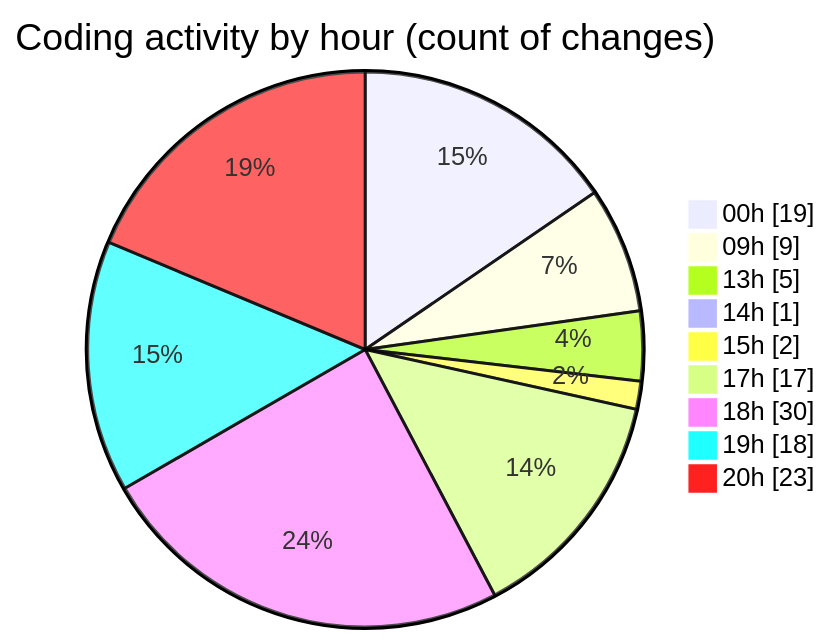
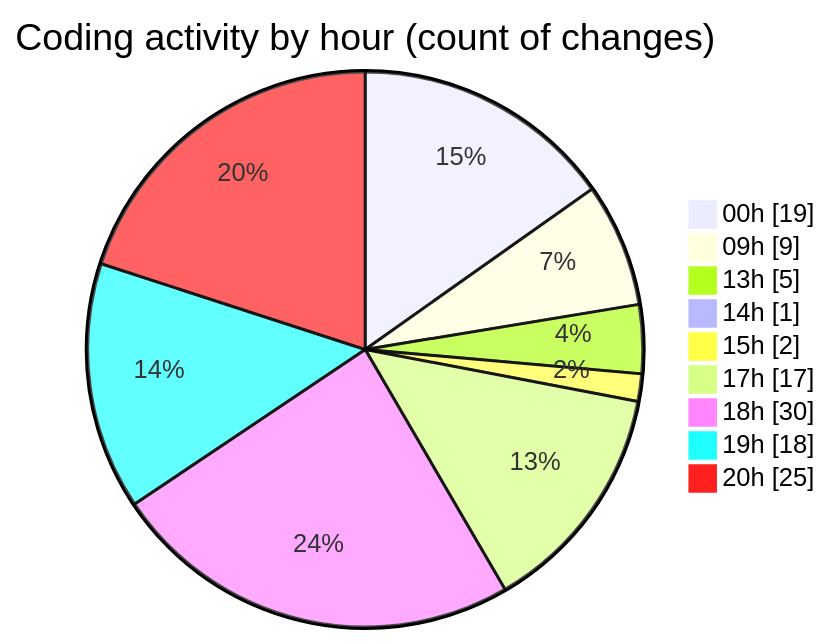
Before and after one commit to EIIisD/code-tracking: the second of 2 diagrams in 2025-08-12/ribbon/README.md, drawn with Mermaid. The commit also changed other lines of this file and 1 other file, not shown here.

````diff
--- a/2025-08-12/ribbon/README.md
+++ b/2025-08-12/ribbon/README.md
@@ -52,13 +52,13 @@
 ```mermaid
 pie showData
 title Coding activity by hour (count of changes)
 "00h" : 19
 "09h" : 9
 "13h" : 5
 "14h" : 1
 "15h" : 2
 "17h" : 17
 "18h" : 30
 "19h" : 18
-"20h" : 23
+"20h" : 25
 ```
````
